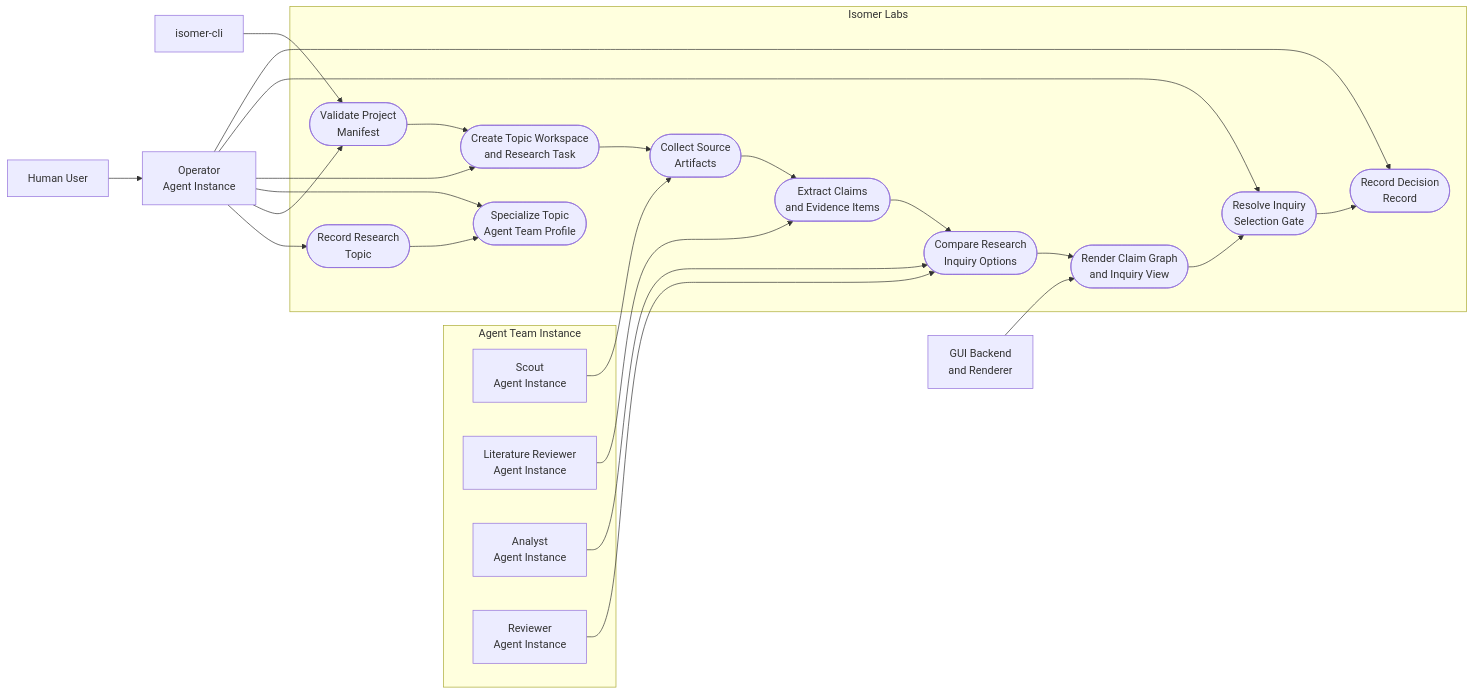
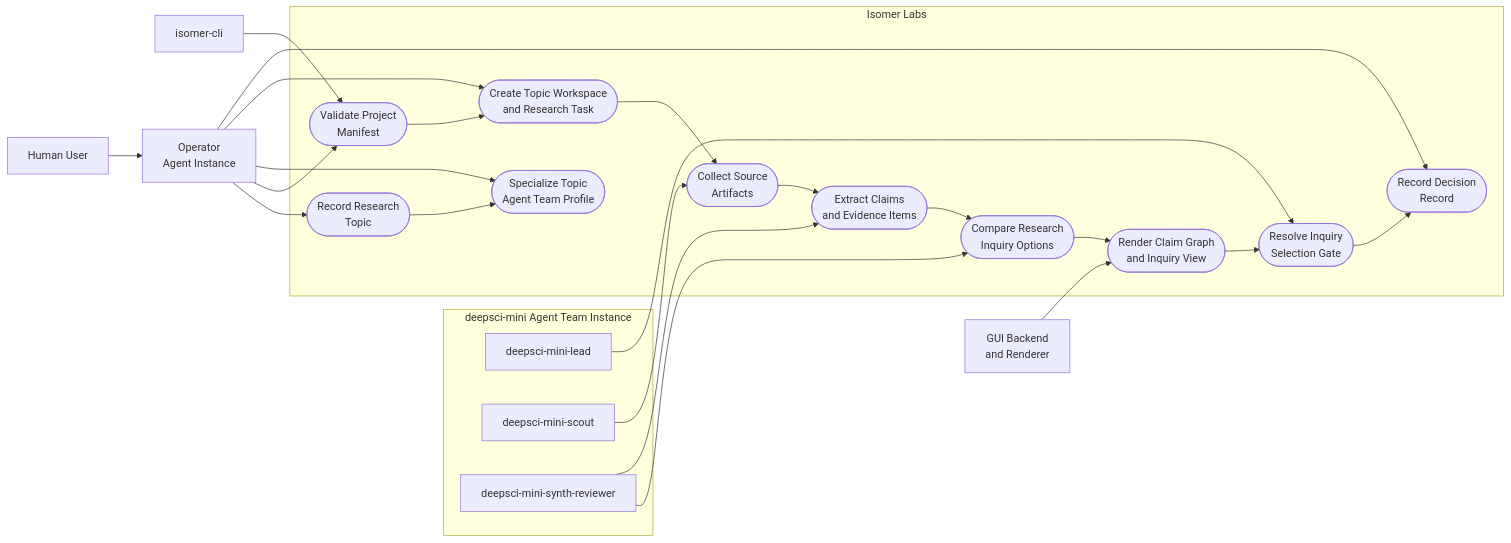
Before and after one commit to CodeGandee/isomer-labs: the first of 2 diagrams in .imsight-arts/project-explore/use-cases/uc-01-explore-new-research-direction.md, drawn with Mermaid. The commit also changed other lines of this file and 8 other files, not shown here.

Commit message:
docs: revise roadmap for deepsci mini testing

````diff
--- a/.imsight-arts/project-explore/use-cases/uc-01-explore-new-research-direction.md
+++ b/.imsight-arts/project-explore/use-cases/uc-01-explore-new-research-direction.md
@@ -30,50 +30,48 @@
 ```mermaid
 flowchart LR
   User[Human User]
   CLI[isomer-cli]
   Operator["Operator<br/>Agent Instance"]
   GUI["GUI Backend<br/>and Renderer"]
 
-  subgraph TeamInstance["Agent Team Instance"]
-    Scout["Scout<br/>Agent Instance"]
-    Literature["Literature Reviewer<br/>Agent Instance"]
-    Analyst["Analyst<br/>Agent Instance"]
-    Reviewer["Reviewer<br/>Agent Instance"]
+  subgraph TeamInstance["deepsci-mini Agent Team Instance"]
+    Lead["deepsci-mini-lead"]
+    Scout["deepsci-mini-scout"]
+    Reviewer["deepsci-mini-synth-reviewer"]
   end
 
   subgraph Isomer["Isomer Labs"]
     UC1([Record Research<br/>Topic])
     UC2([Validate Project<br/>Manifest])
     UC3([Specialize Topic<br/>Agent Team Profile])
     UC4([Create Topic Workspace<br/>and Research Task])
     UC5([Collect Source<br/>Artifacts])
     UC6([Extract Claims<br/>and Evidence Items])
     UC7([Compare Research<br/>Inquiry Options])
     UC8([Render Claim Graph<br/>and Inquiry View])
     UC9([Resolve Inquiry<br/>Selection Gate])
     UC10([Record Decision<br/>Record])
   end
 
   User --> Operator
   CLI --> UC2
   Operator --> UC1
   Operator --> UC2
   Operator --> UC3
   Operator --> UC4
+  Lead --> UC9
   Scout --> UC5
-  Literature --> UC6
-  Analyst --> UC7
   Reviewer --> UC7
+  Reviewer --> UC6
   GUI --> UC8
-  Operator --> UC9
   Operator --> UC10
 
   UC1 --> UC3
   UC2 --> UC4
   UC4 --> UC5
   UC5 --> UC6
   UC6 --> UC7
   UC7 --> UC8
   UC8 --> UC9
   UC9 --> UC10
 ```
````
